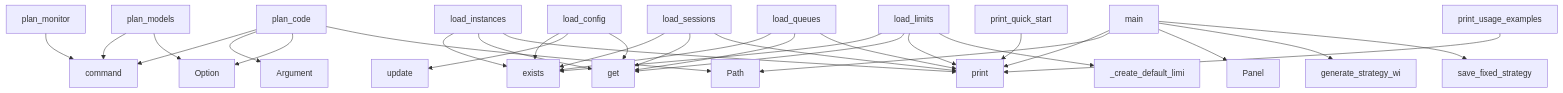
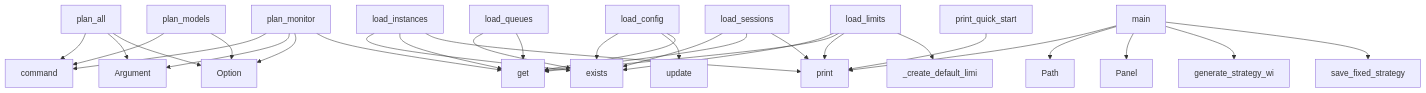
One commit to semcod/llx changed the diagram in project/context.md. Above: the diagram before and after it, drawn with Mermaid. The commit also changed other lines of this file and 83 other files, not shown here.

````diff
--- a/project/context.md
+++ b/project/context.md
@@ -617,33 +611,33 @@
 ```mermaid
 graph TD
-    plan_code --> command
-    plan_code --> Argument
-    plan_code --> Option
-    plan_code --> Path
+    plan_all --> command
+    plan_all --> Argument
+    plan_all --> Option
+    plan_monitor --> command
+    plan_monitor --> Argument
+    plan_monitor --> Option
+    plan_monitor --> get
     load_instances --> exists
     load_instances --> get
     load_instances --> print
     print_quick_start --> print
     load_config --> exists
     load_config --> update
     load_config --> get
     load_limits --> exists
     load_limits --> get
     load_limits --> print
     load_limits --> _create_default_limi
     main --> print
     main --> Path
     main --> Panel
     main --> generate_strategy_wi
     main --> save_fixed_strategy
     plan_models --> command
     plan_models --> Option
     load_sessions --> exists
     load_sessions --> get
     load_sessions --> print
     load_queues --> exists
     load_queues --> get
-    load_queues --> print
-    print_usage_examples --> print
-    plan_monitor --> command
 ```
````
